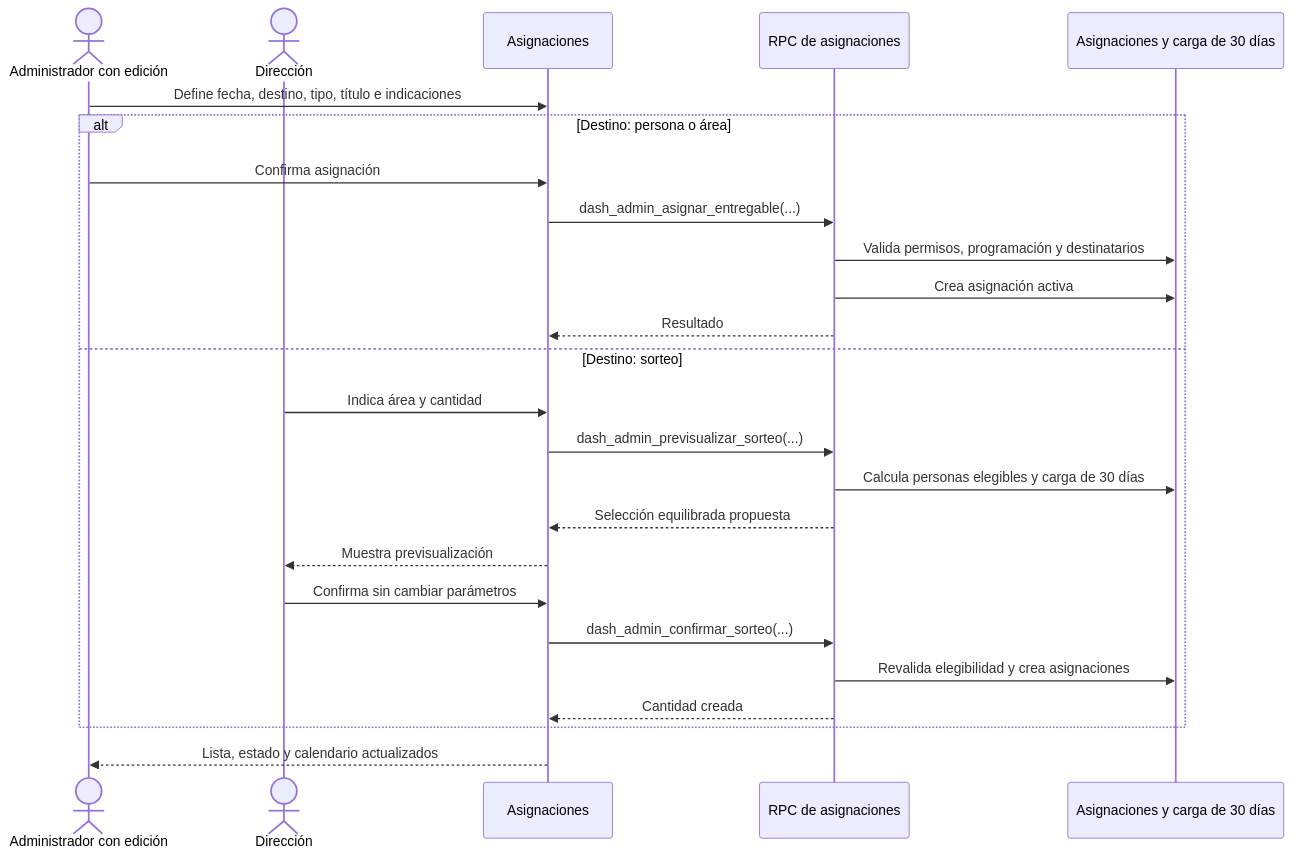
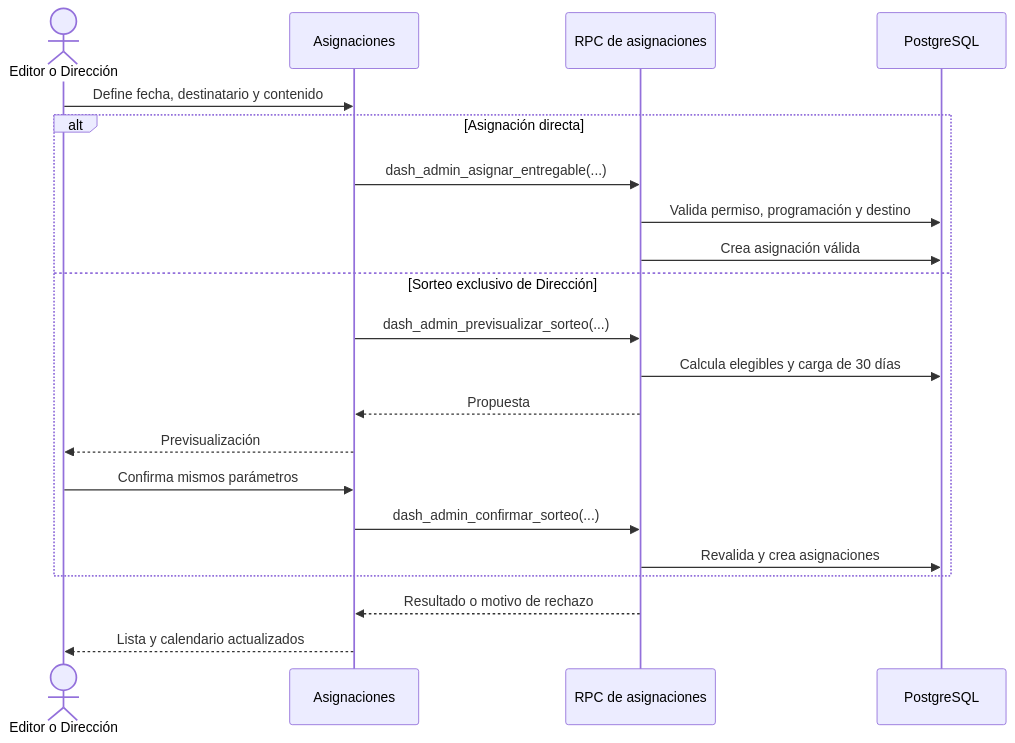
One commit to kjabienestar-ux/KJA changed the seventh of 22 diagrams in docs/20-diagramas-secuencia-administracion.md. Above: the diagram before and after it, drawn with Mermaid. The commit also changed other lines of this file and 4 other files, not shown here.

````diff
--- a/docs/20-diagramas-secuencia-administracion.md
+++ b/docs/20-diagramas-secuencia-administracion.md
@@ -214,28 +220,23 @@
 ```mermaid
 sequenceDiagram
-    actor Admin as Administrador con edición
-    actor Dir as Dirección
-    participant Web as Asignaciones
-    participant RPC as RPC de asignaciones
-    participant DB as Asignaciones y carga de 30 días
-
-    Admin->>Web: Define fecha, destino, tipo, título e indicaciones
-    alt Destino: persona o área
-        Admin->>Web: Confirma asignación
-        Web->>RPC: dash_admin_asignar_entregable(...)
-        RPC->>DB: Valida permisos, programación y destinatarios
-        RPC->>DB: Crea asignación activa
-        RPC-->>Web: Resultado
-    else Destino: sorteo
-        Dir->>Web: Indica área y cantidad
-        Web->>RPC: dash_admin_previsualizar_sorteo(...)
-        RPC->>DB: Calcula personas elegibles y carga de 30 días
-        RPC-->>Web: Selección equilibrada propuesta
-        Web-->>Dir: Muestra previsualización
-        Dir->>Web: Confirma sin cambiar parámetros
-        Web->>RPC: dash_admin_confirmar_sorteo(...)
-        RPC->>DB: Revalida elegibilidad y crea asignaciones
-        RPC-->>Web: Cantidad creada
+    actor U as Editor o Dirección
+    participant W as Asignaciones
+    participant R as RPC de asignaciones
+    participant B as PostgreSQL
+    U->>W: Define fecha, destinatario y contenido
+    alt Asignación directa
+    W->>R: dash_admin_asignar_entregable(...)
+    R->>B: Valida permiso, programación y destino
+    R->>B: Crea asignación válida
+    else Sorteo exclusivo de Dirección
+    W->>R: dash_admin_previsualizar_sorteo(...)
+    R->>B: Calcula elegibles y carga de 30 días
+    R-->>W: Propuesta
+    W-->>U: Previsualización
+    U->>W: Confirma mismos parámetros
+    W->>R: dash_admin_confirmar_sorteo(...)
+    R->>B: Revalida y crea asignaciones
     end
-    Web-->>Admin: Lista, estado y calendario actualizados
+    R-->>W: Resultado o motivo de rechazo
+    W-->>U: Lista y calendario actualizados
 ```
````
